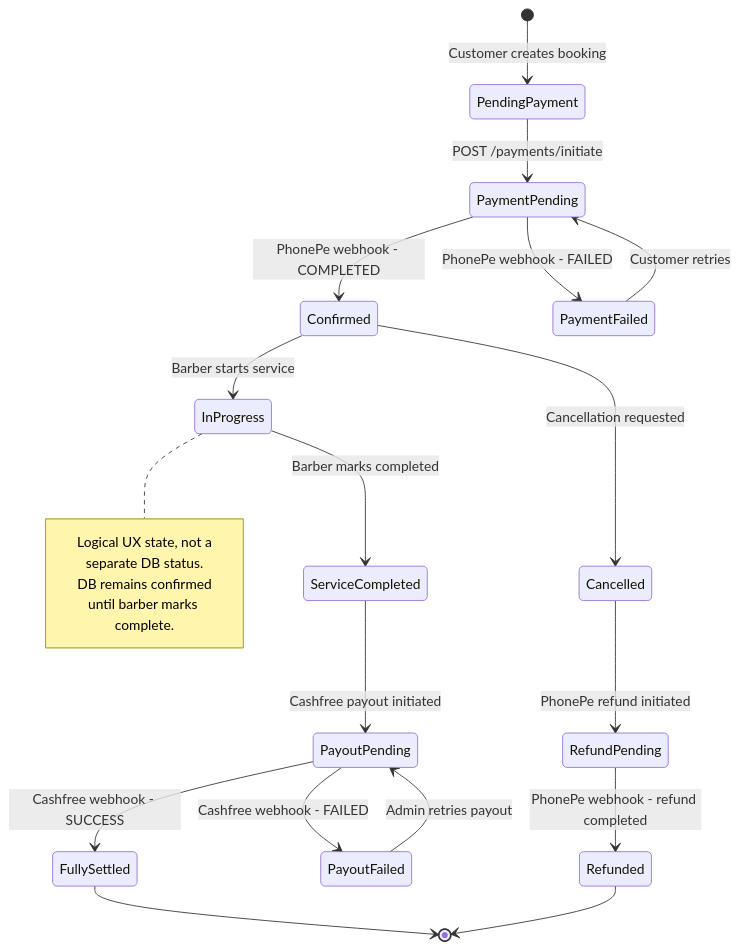
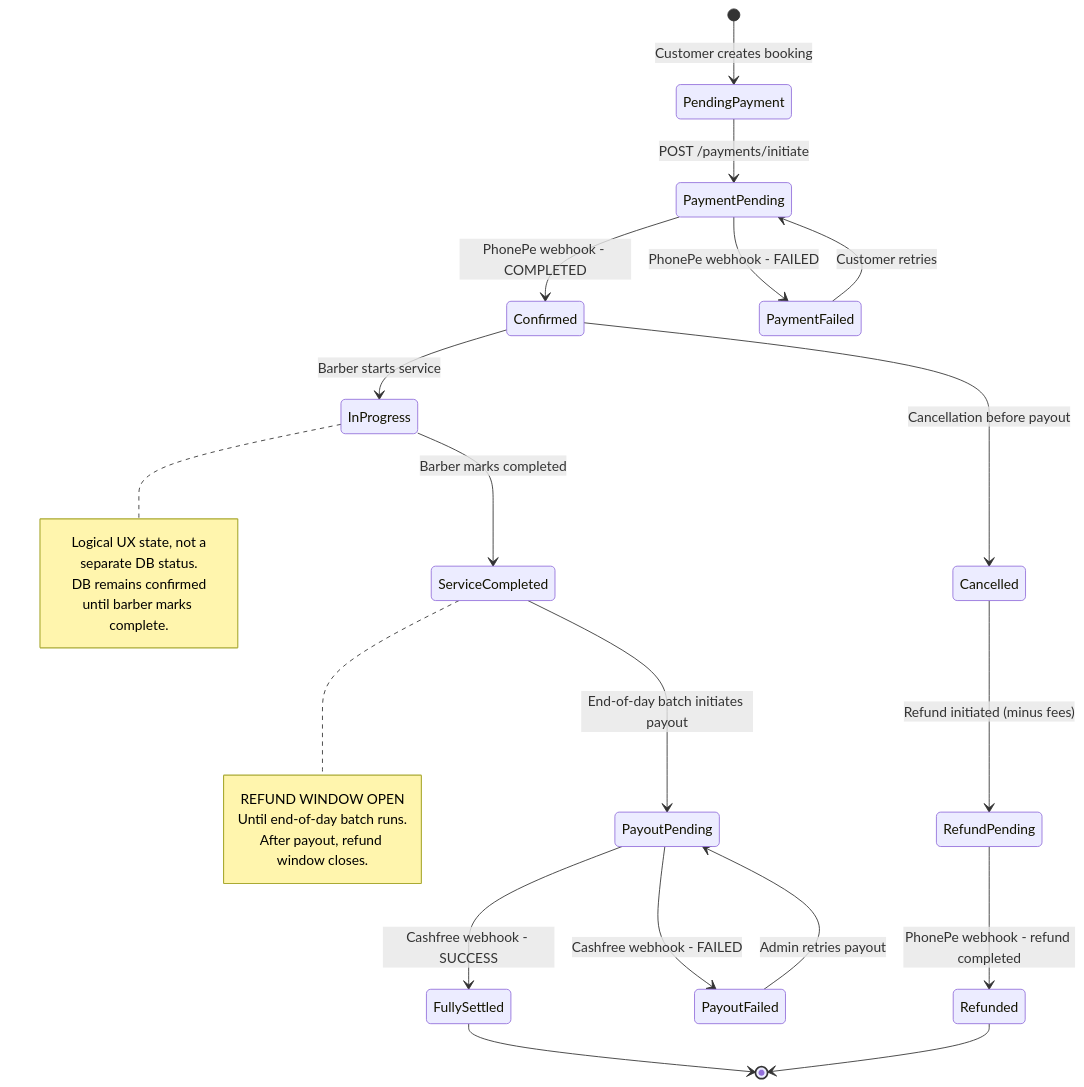
Before and after one commit to evercut-qn/EverCut: the fourth of 4 diagrams in server/docs/features/payments/PAYMENT-GATEWAY-RESEARCH-GUIDE.md, drawn with Mermaid. The commit also changed other lines of this file and 2 other files, not shown here.

First line of the commit message:
docs(payments): add payment-payout logic and update implementation guide

````diff
--- a/server/docs/features/payments/PAYMENT-GATEWAY-RESEARCH-GUIDE.md
+++ b/server/docs/features/payments/PAYMENT-GATEWAY-RESEARCH-GUIDE.md
@@ -1423,25 +1489,30 @@
 ```mermaid
 stateDiagram-v2
     [*] --> PendingPayment : Customer creates booking
     PendingPayment --> PaymentPending : POST /payments/initiate
     PaymentPending --> Confirmed : PhonePe webhook - COMPLETED
     PaymentPending --> PaymentFailed : PhonePe webhook - FAILED
     PaymentFailed --> PaymentPending : Customer retries
     Confirmed --> InProgress : Barber starts service
     note right of InProgress
         Logical UX state, not a
         separate DB status.
         DB remains confirmed
         until barber marks complete.
     end note
     InProgress --> ServiceCompleted : Barber marks completed
-    ServiceCompleted --> PayoutPending : Cashfree payout initiated
+    note right of ServiceCompleted
+        REFUND WINDOW OPEN
+        Until end-of-day batch runs.
+        After payout, refund window closes.
+    end note
+    ServiceCompleted --> PayoutPending : End-of-day batch initiates payout
     PayoutPending --> FullySettled : Cashfree webhook - SUCCESS
     PayoutPending --> PayoutFailed : Cashfree webhook - FAILED
     PayoutFailed --> PayoutPending : Admin retries payout
-    Confirmed --> Cancelled : Cancellation requested
-    Cancelled --> RefundPending : PhonePe refund initiated
+    Confirmed --> Cancelled : Cancellation before payout
+    Cancelled --> RefundPending : Refund initiated (minus fees)
     RefundPending --> Refunded : PhonePe webhook - refund completed
     FullySettled --> [*]
     Refunded --> [*]
 ```
````
